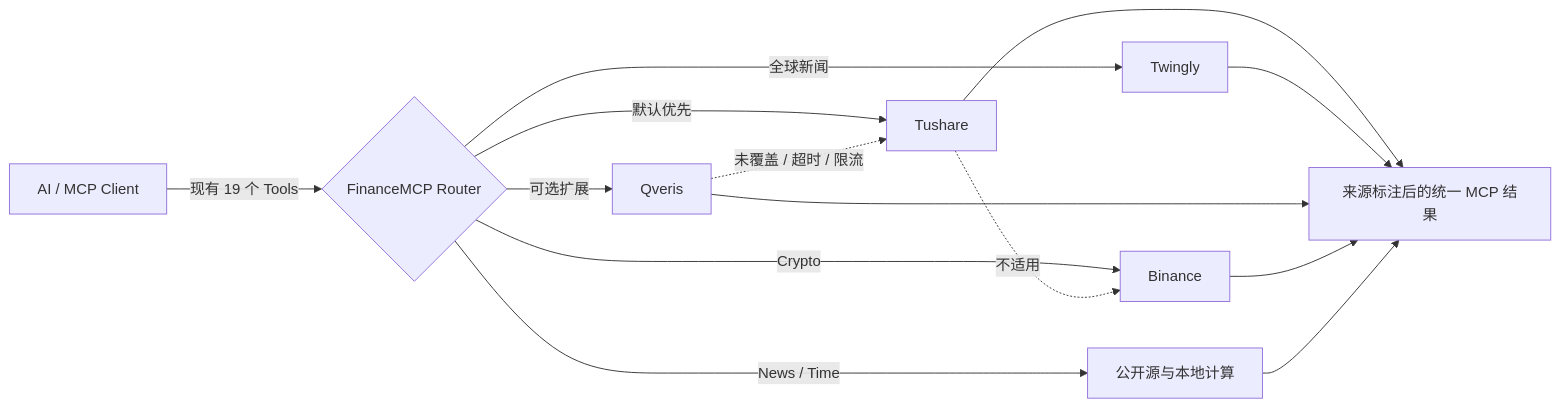
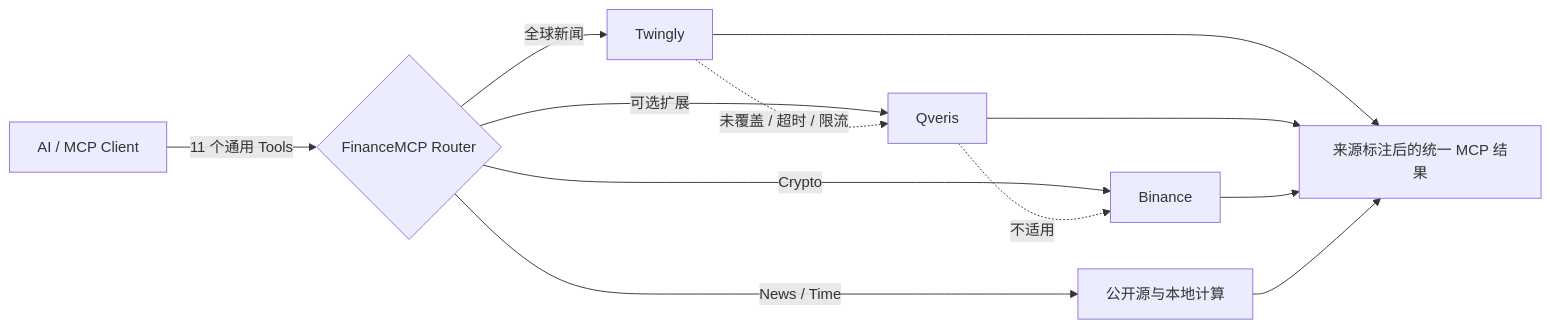
One commit to jingchangshi/FinanceMCP changed the diagram in README.md. Above: the diagram before and after it, drawn with Mermaid. The commit also changed other lines of this file and 15 other files, not shown here.

Commit message:
docs(mcp): remove Tushare references and align docs with free sources

````diff
--- a/README.md
+++ b/README.md
@@ -79,12 +79,11 @@
 ```mermaid
 flowchart LR
-    C[AI / MCP Client] -->|现有 19 个 Tools| R{FinanceMCP Router}
-    R -->|默认优先| T[Tushare]
+    C[AI / MCP Client] -->|11 个通用 Tools| R{FinanceMCP Router}
     R -->|全球新闻| G[Twingly]
     R -->|可选扩展| Q[Qveris]
     R -->|Crypto| B[Binance]
     R -->|News / Time| L[公开源与本地计算]
-    Q -. 未覆盖 / 超时 / 限流 .-> T
-    T -. 不适用 .-> B
-    T & G & Q & B & L --> O[来源标注后的统一 MCP 结果]
+    G -. 未覆盖 / 超时 / 限流 .-> Q
+    Q -. 不适用 .-> B
+    G & Q & B & L --> O[来源标注后的统一 MCP 结果]
 ```
````
